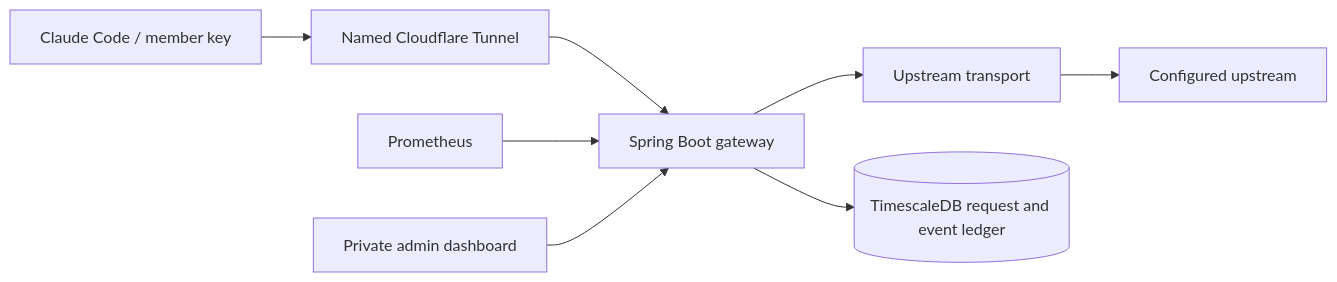
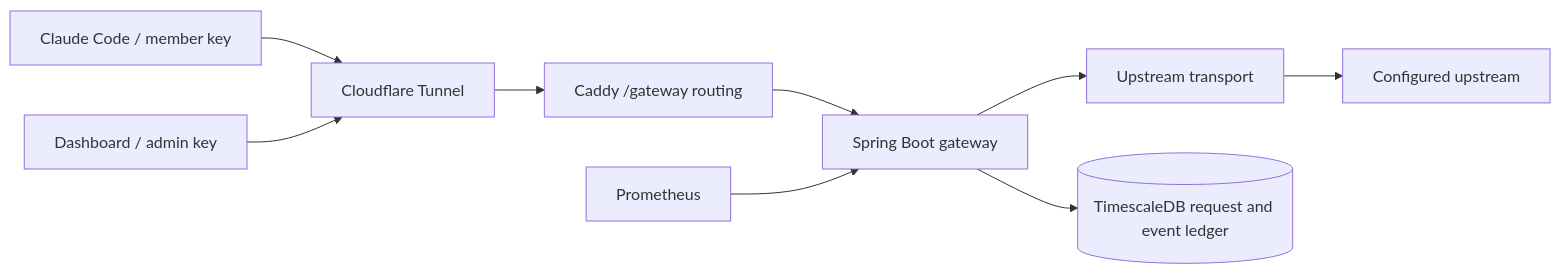
One commit to vimalkryadav/subscription-meter changed the diagram in README.md. Above: the diagram before and after it, drawn with Mermaid. The commit also changed other lines of this file and 6 other files, not shown here.

Commit message:
Expose authenticated platform and separate gateway paths through Cloudflare

````diff
--- a/README.md
+++ b/README.md
@@ -9,10 +9,11 @@
 ```mermaid
 flowchart LR
-    C[Claude Code / member key] --> T[Named Cloudflare Tunnel]
-    T --> G[Spring Boot gateway]
+    C[Claude Code / member key] --> T[Cloudflare Tunnel]
+    T --> E[Caddy /gateway routing]
+    E --> G[Spring Boot gateway]
     G --> U[Upstream transport]
     U --> A[Configured upstream]
     G --> D[(TimescaleDB request and event ledger)]
     P[Prometheus] --> G
-    B[Private admin dashboard] --> G
+    B[Dashboard / admin key] --> T
 ```
````
